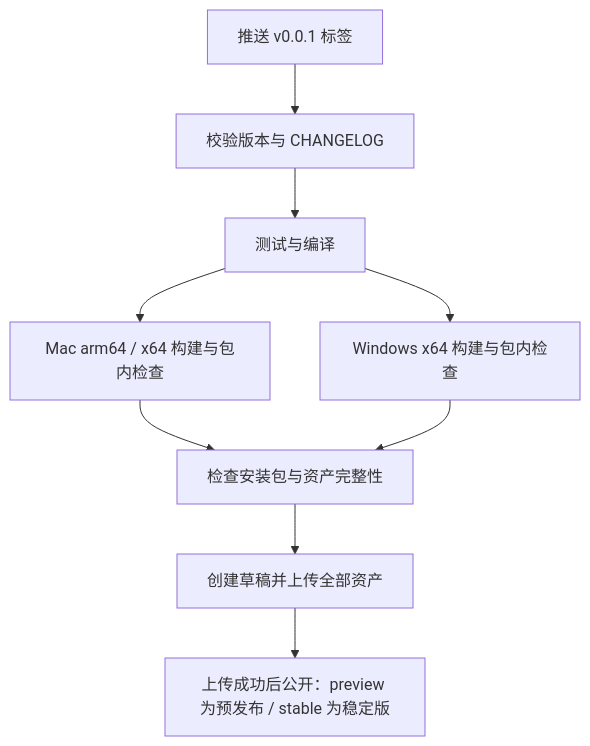
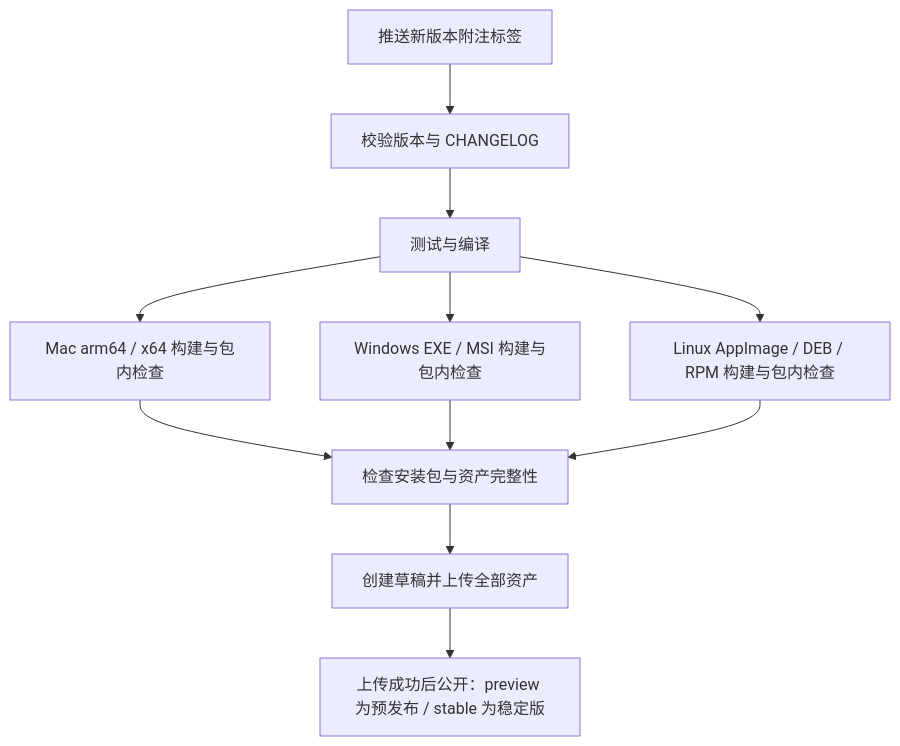
The diagram in docs/多平台构建与发版方案.md (uprxiao/SmartDD), drawn with Mermaid before and after one commit. The commit also changed other lines of this file and 12 other files, not shown here.

Commit message:
feat(build): add Windows MSI and Linux installer formats

````diff
--- a/docs/多平台构建与发版方案.md
+++ b/docs/多平台构建与发版方案.md
@@ -100,11 +103,13 @@
 ```mermaid
 flowchart TD
-    A[推送 v0.0.1 标签] --> B[校验版本与 CHANGELOG]
+    A[推送新版本附注标签] --> B[校验版本与 CHANGELOG]
     B --> C[测试与编译]
     C --> E[Mac arm64 / x64 构建与包内检查]
-    C --> F[Windows x64 构建与包内检查]
+    C --> F[Windows EXE / MSI 构建与包内检查]
+    C --> I[Linux AppImage / DEB / RPM 构建与包内检查]
     E --> G[检查安装包与资产完整性]
     F --> G
+    I --> G
     G --> D[创建草稿并上传全部资产]
     D --> H[上传成功后公开：preview 为预发布 / stable 为稳定版]
 ```
````
